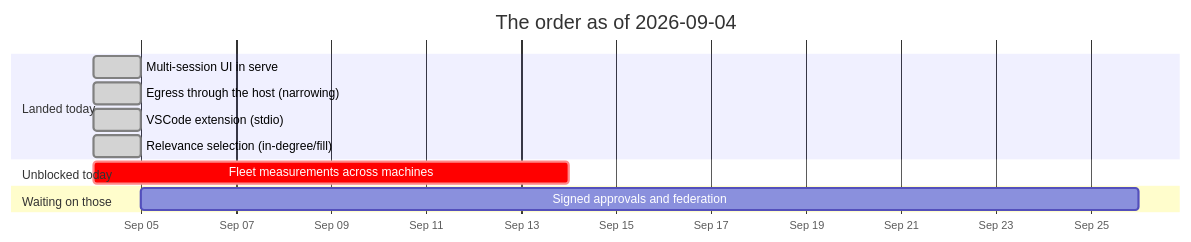
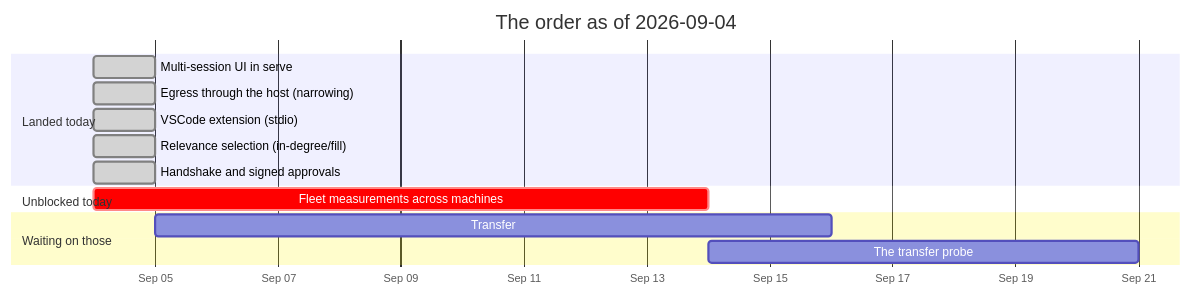
Before and after one commit to jgermade/luu: the diagram in ROADMAP/2026-09-04/README.md, drawn with Mermaid. The commit also changed other lines of this file and 21 other files, not shown here.

````diff
--- a/ROADMAP/2026-09-04/README.md
+++ b/ROADMAP/2026-09-04/README.md
@@ -41,15 +44,17 @@
 ```mermaid
 gantt
     title The order as of 2026-09-04
     dateFormat YYYY-MM-DD
     axisFormat %b %d
     section Landed today
     Multi-session UI in serve              :done, multi, 2026-09-04, 1d
     Egress through the host (narrowing)    :done, egress, 2026-09-04, 1d
     VSCode extension (stdio)               :done, vsc, 2026-09-04, 1d
     Relevance selection (in-degree/fill)   :done, rel, 2026-09-04, 1d
+    Handshake and signed approvals         :done, sig, 2026-09-04, 1d
     section Unblocked today
     Fleet measurements across machines     :crit, bench, 2026-09-04, 10d
     section Waiting on those
-    Signed approvals and federation        :fed, after multi, 21d
+    Transfer: the record stream and import :fed, after sig, 11d
+    The transfer probe                     :probe, after fed, 7d
 ```
````
